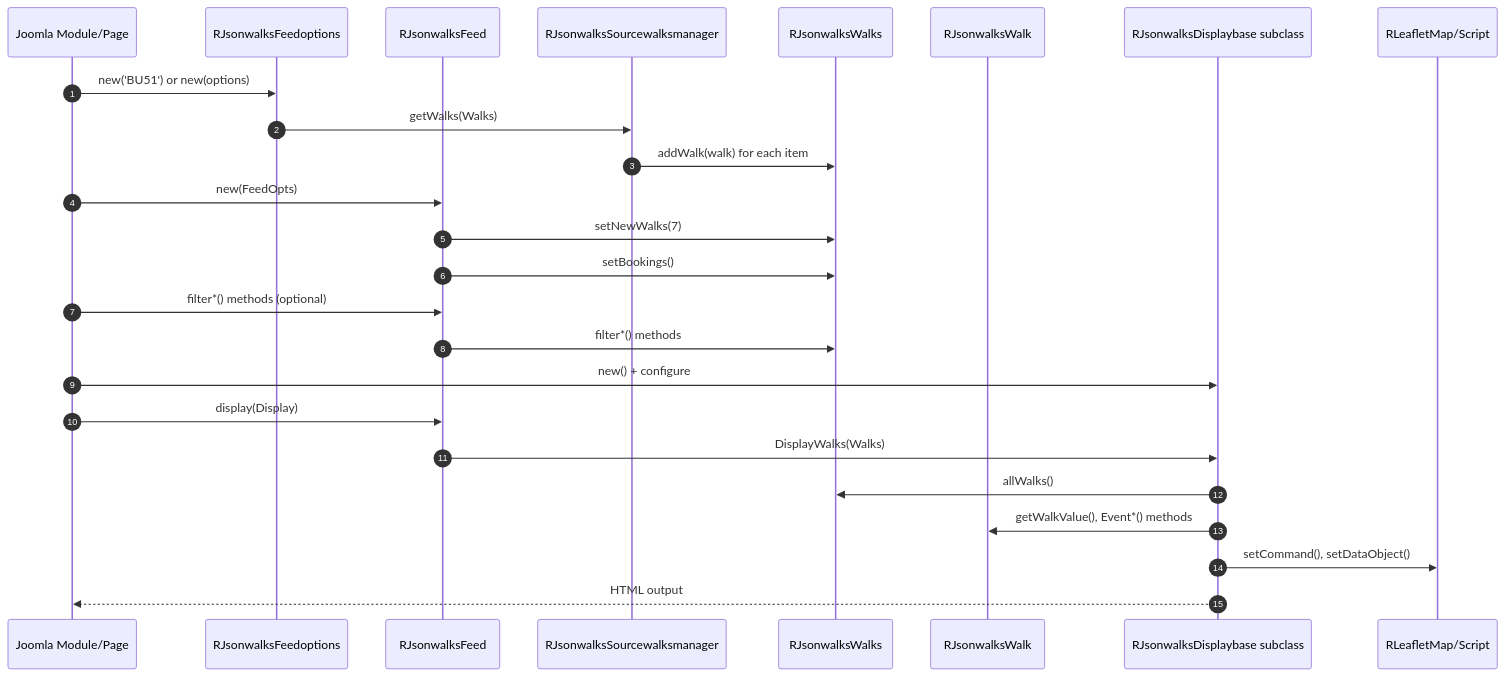
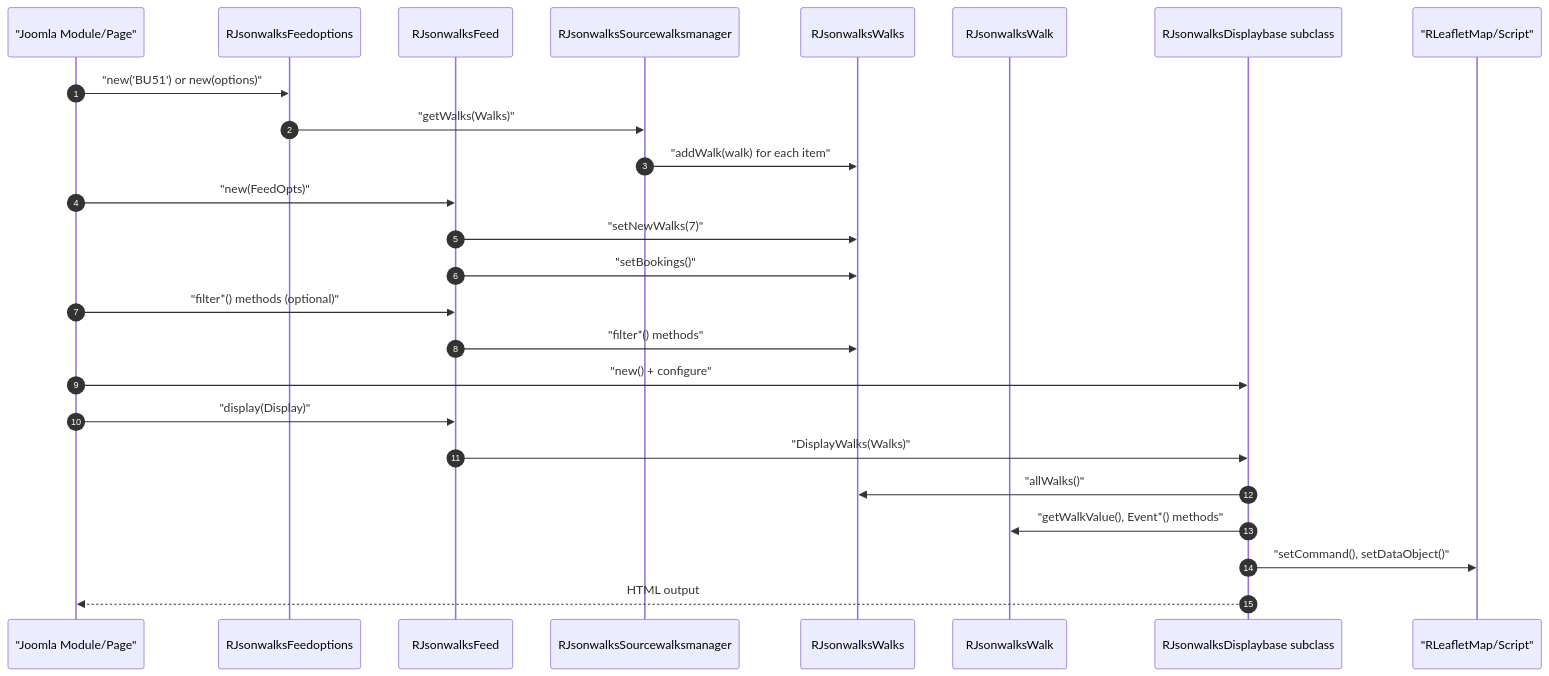
One commit to pauljrhodes/ramblers-library changed the second of 4 diagrams in jsonwalks/HLD.md. Above: the diagram before and after it, drawn with Mermaid. The commit also changed other lines of this file and 33 other files, not shown here.

Commit message:
Normalize Mermaid diagrams for GitHub rendering

````diff
--- a/jsonwalks/HLD.md
+++ b/jsonwalks/HLD.md
@@ -243,31 +243,31 @@
 ```mermaid
 sequenceDiagram
     autonumber
-    participant Caller as Joomla Module/Page
+    participant Caller as "Joomla Module/Page"
     participant FeedOpts as RJsonwalksFeedoptions
     participant Feed as RJsonwalksFeed
     participant Source as RJsonwalksSourcewalksmanager
     participant Walks as RJsonwalksWalks
     participant Walk as RJsonwalksWalk
     participant Display as RJsonwalksDisplaybase subclass
-    participant Leaflet as RLeafletMap/Script
+    participant Leaflet as "RLeafletMap/Script"
 
-    Caller->>FeedOpts: new('BU51') or new(options)
-    FeedOpts->>Source: getWalks(Walks)
-    Source->>Walks: addWalk(walk) for each item
+    Caller->>FeedOpts: "new('BU51') or new(options)"
+    FeedOpts->>Source: "getWalks(Walks)"
+    Source->>Walks: "addWalk(walk) for each item"
     
-    Caller->>Feed: new(FeedOpts)
-    Feed->>Walks: setNewWalks(7)
-    Feed->>Walks: setBookings()
+    Caller->>Feed: "new(FeedOpts)"
+    Feed->>Walks: "setNewWalks(7)"
+    Feed->>Walks: "setBookings()"
     
-    Caller->>Feed: filter*() methods (optional)
-    Feed->>Walks: filter*() methods
+    Caller->>Feed: "filter*() methods (optional)"
+    Feed->>Walks: "filter*() methods"
     
-    Caller->>Display: new() + configure
-    Caller->>Feed: display(Display)
-    Feed->>Display: DisplayWalks(Walks)
-    Display->>Walks: allWalks()
-    Display->>Walk: getWalkValue(), Event*() methods
-    Display->>Leaflet: setCommand(), setDataObject()
+    Caller->>Display: "new() + configure"
+    Caller->>Feed: "display(Display)"
+    Feed->>Display: "DisplayWalks(Walks)"
+    Display->>Walks: "allWalks()"
+    Display->>Walk: "getWalkValue(), Event*() methods"
+    Display->>Leaflet: "setCommand(), setDataObject()"
     Display-->>Caller: HTML output
 ```
````
